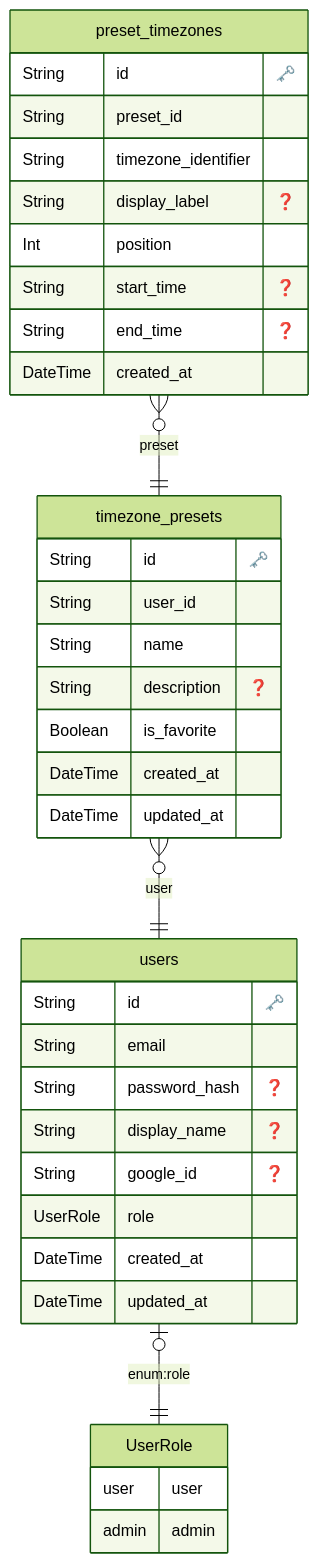
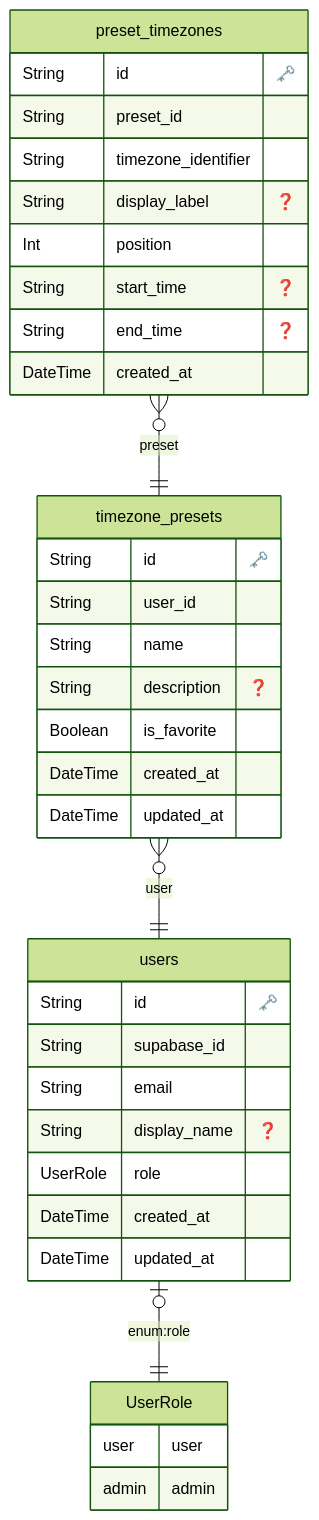
Before and after one commit to KaitoSaito2222/timezone-harmony: the diagram in backend/ERD.md, drawn with Mermaid (forest theme). The commit also changed 22 other files, not shown here.

````diff
--- a/backend/ERD.md
+++ b/backend/ERD.md
@@ -1,46 +1,45 @@
 ```mermaid
 erDiagram
 
         UserRole {
             user user
 admin admin
         }
     
   "users" {
     String id "🗝️"
+    String supabase_id 
     String email 
-    String password_hash "❓"
     String display_name "❓"
-    String google_id "❓"
     UserRole role 
     DateTime created_at 
     DateTime updated_at 
     }
   
 
   "timezone_presets" {
     String id "🗝️"
     String user_id 
     String name 
     String description "❓"
     Boolean is_favorite 
     DateTime created_at 
     DateTime updated_at 
     }
   
 
   "preset_timezones" {
     String id "🗝️"
     String preset_id 
     String timezone_identifier 
     String display_label "❓"
     Int position 
     String start_time "❓"
     String end_time "❓"
     DateTime created_at 
     }
   
     "users" |o--|| "UserRole" : "enum:role"
     "timezone_presets" }o--|| users : "user"
     "preset_timezones" }o--|| timezone_presets : "preset"
 ```
````
